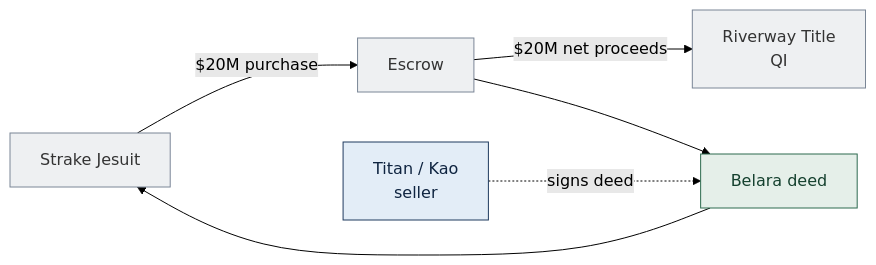
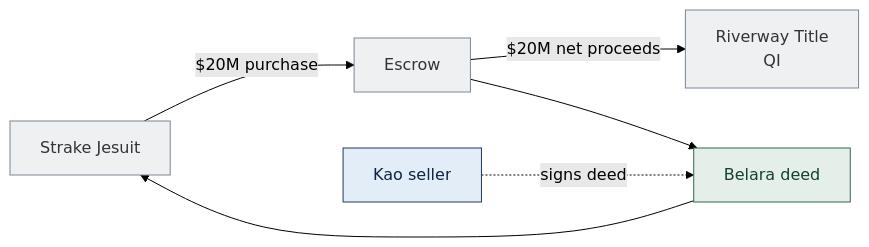
Before and after one commit to EthanCow/North-Forsyth-1031-Diagrams: the sixth of 6 diagrams in North_Forsyth_1031_Diagrams.md, drawn with Mermaid (forest theme). The commit also changed other lines of this file and 1 other file, not shown here.

First line of the commit message:
Rewrite site + diagrams to the June 17 counsel structure

````diff
--- a/North_Forsyth_1031_Diagrams.md
+++ b/North_Forsyth_1031_Diagrams.md
@@ -572,15 +324,15 @@
 ```mermaid
 flowchart LR
   ST["Strake Jesuit"]:::neutral
   ESC["Escrow"]:::neutral
   QI["Riverway Title\nQI"]:::neutral
-  SEL["Titan / Kao\nseller"]:::kao
+  SEL["Kao seller"]:::kao
   BEL["Belara deed"]:::asset
   ST -->|"$20M purchase"| ESC
   ESC -->|"$20M net proceeds"| QI
   ESC --> BEL --> ST
   SEL -.->|"signs deed"| BEL
   classDef kao fill:#e3edf7,stroke:#1f3a5f,color:#0f2440;
   classDef neutral fill:#eef0f2,stroke:#7a8696,color:#333;
   classDef asset fill:#e5efe9,stroke:#2d6a4f,color:#14402e;
 ```
````
